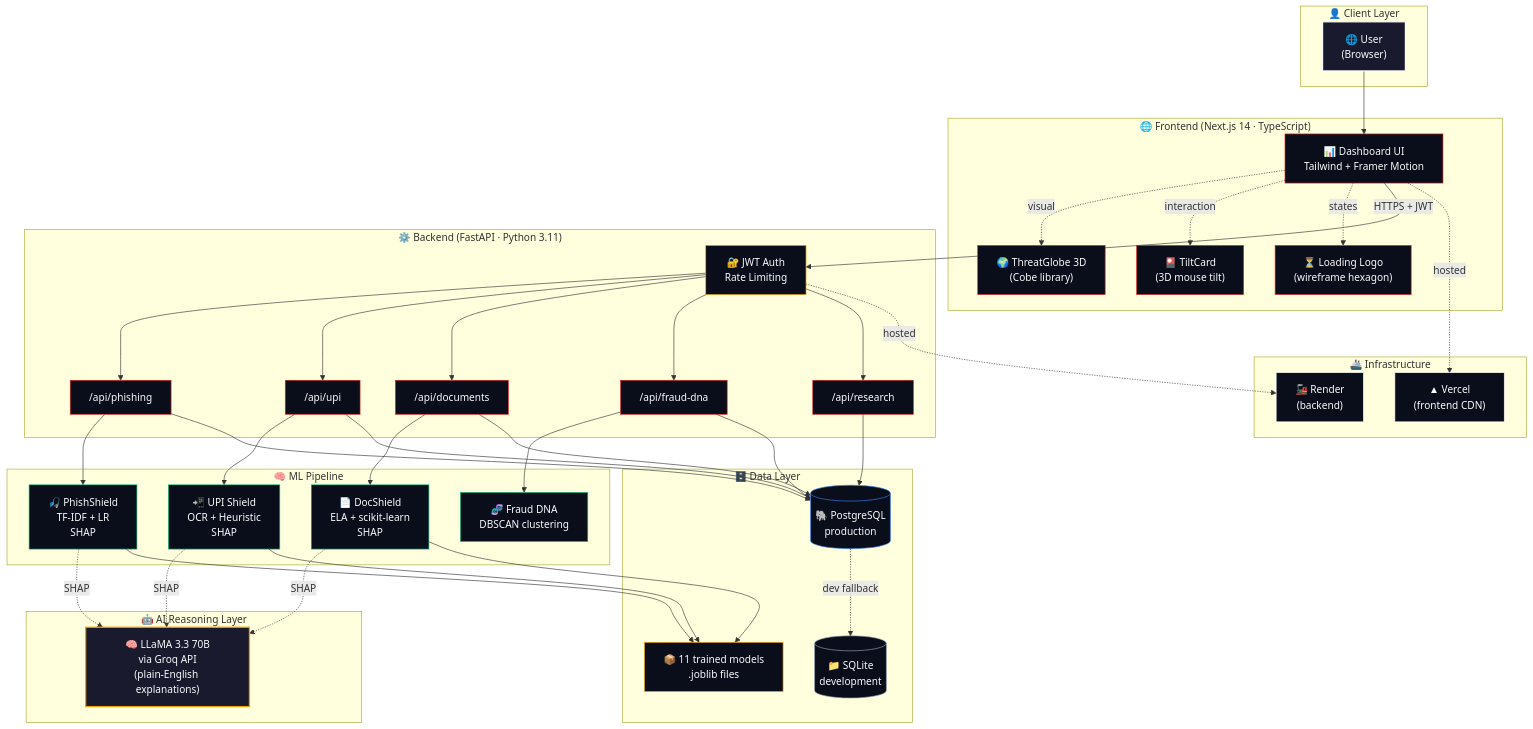
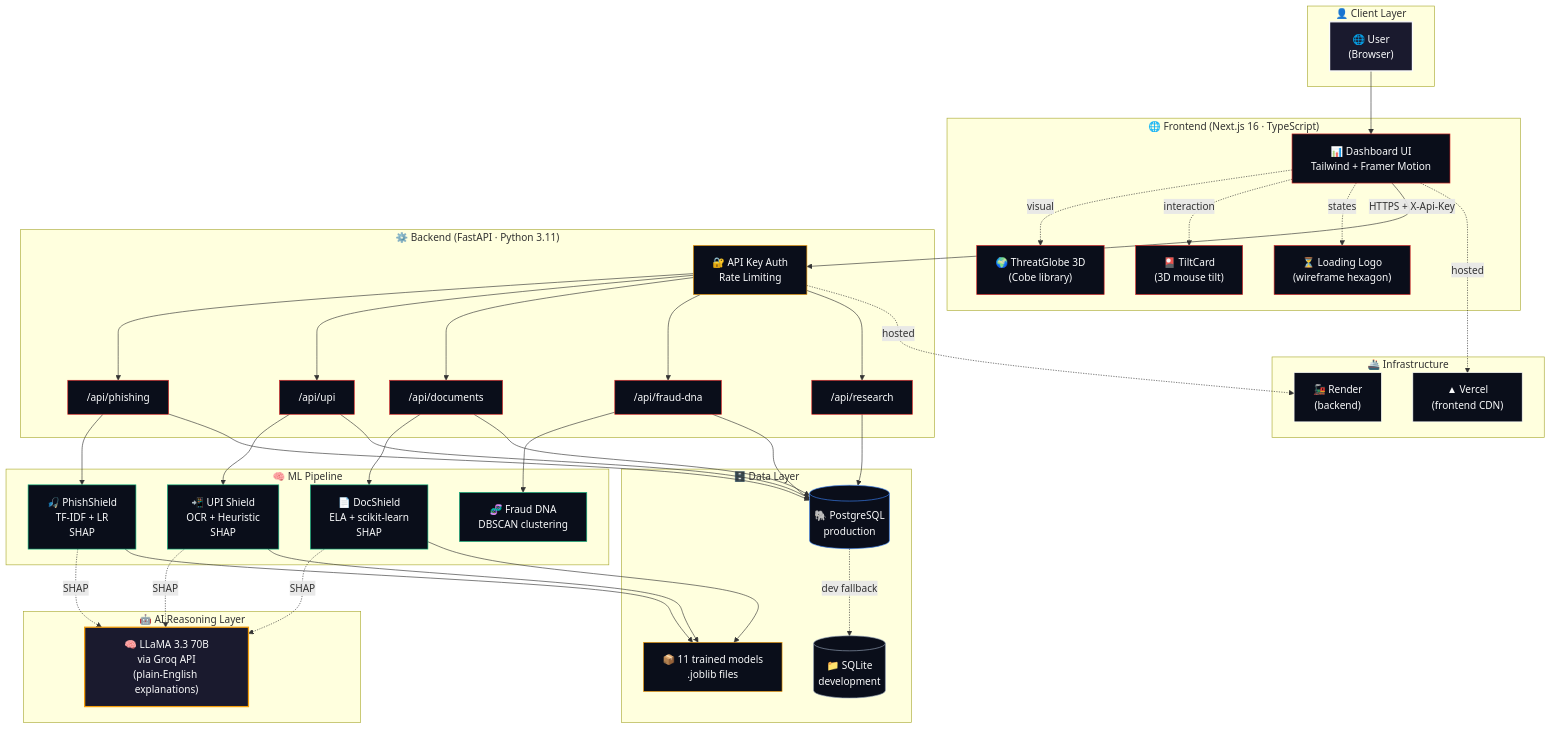
Before and after one commit to tanmay-alpha/Lumint: the second of 10 diagrams in README.md, drawn with Mermaid. The commit also changed other lines of this file and 73 other files, not shown here.

```diff
--- a/README.md
+++ b/README.md
@@ -113,7 +113,7 @@
         U["🌐 User<br/>(Browser)"]
     end
 
-    subgraph FRONTEND["🌐 Frontend (Next.js 14 · TypeScript)"]
+    subgraph FRONTEND["🌐 Frontend (Next.js 16 · TypeScript)"]
         UI["📊 Dashboard UI<br/>Tailwind + Framer Motion"]
         G3D["🌍 ThreatGlobe 3D<br/>(Cobe library)"]
         TC["🎴 TiltCard<br/>(3D mouse tilt)"]
@@ -121,7 +121,7 @@
     end
 
     subgraph BACKEND["⚙️ Backend (FastAPI · Python 3.11)"]
-        AUTH["🔐 JWT Auth<br/>Rate Limiting"]
+        AUTH["🔐 API Key Auth<br/>Rate Limiting"]
         R1["/api/phishing"]
         R2["/api/upi"]
         R3["/api/documents"]
@@ -155,7 +155,7 @@
     UI -.visual.-> G3D
     UI -.interaction.-> TC
     UI -.states.-> LL
-    UI -->|"HTTPS + JWT"| AUTH
+    UI -->|"HTTPS + X-Api-Key"| AUTH
 
     AUTH --> R1
     AUTH --> R2
```
